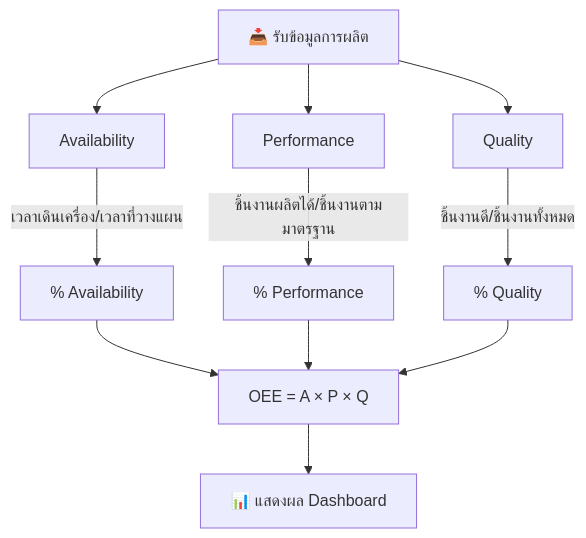
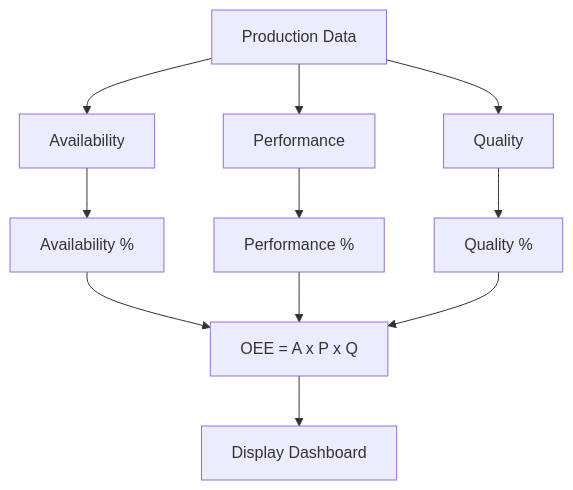
Before and after one commit to ApiwatN/OEE_FDB: the third of 3 diagrams in README.md, drawn with Mermaid. The commit also changed other lines of this file, not shown here.

Commit message:
Fix Mermaid diagram syntax - use English only

````diff
--- a/README.md
+++ b/README.md
@@ -53,16 +53,16 @@
 ```mermaid
 flowchart TD
-    A[📥 รับข้อมูลการผลิต] --> B[Availability]
+    A[Production Data] --> B[Availability]
     A --> C[Performance]
     A --> D[Quality]
     
-    B --> |"เวลาเดินเครื่อง/เวลาที่วางแผน"| E[% Availability]
-    C --> |"ชิ้นงานผลิตได้/ชิ้นงานตามมาตรฐาน"| F[% Performance]
-    D --> |"ชิ้นงานดี/ชิ้นงานทั้งหมด"| G[% Quality]
+    B --> E[Availability %]
+    C --> F[Performance %]
+    D --> G[Quality %]
     
-    E --> H[OEE = A × P × Q]
+    E --> H[OEE = A x P x Q]
     F --> H
     G --> H
     
-    H --> I[📊 แสดงผล Dashboard]
+    H --> I[Display Dashboard]
 ```
````
